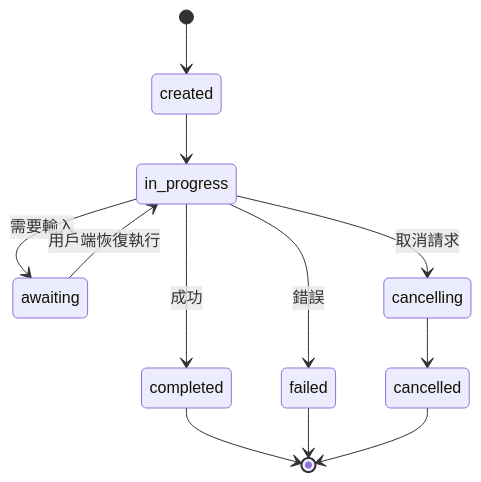
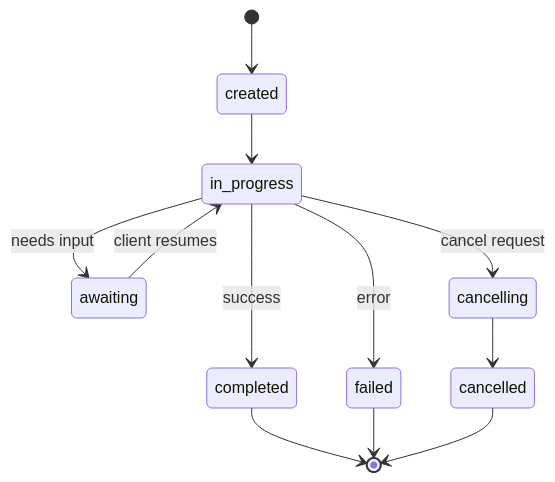
The seventh of 13 diagrams in i18n/zh-TW/phases/16-multi-agent-and-swarms/03-communication-protocols/docs/zh-TW.md (edward821220/ai-engineering-from-scratch), drawn with Mermaid before and after one commit. The commit also changed other lines of this file and 3 other files, not shown here.

Commit message:
fix(i18n): zh-TW p16 checker cleanup (mermaid edges + URL spans)

````diff
--- a/i18n/zh-TW/phases/16-multi-agent-and-swarms/03-communication-protocols/docs/zh-TW.md
+++ b/i18n/zh-TW/phases/16-multi-agent-and-swarms/03-communication-protocols/docs/zh-TW.md
@@ -337,15 +337,15 @@
 ```mermaid
 stateDiagram-v2
     [*] --> created
     created --> in_progress
-    in_progress --> completed: 成功
-    in_progress --> failed: 錯誤
-    in_progress --> awaiting: 需要輸入
-    awaiting --> in_progress: 用戶端恢復執行
-    in_progress --> cancelling: 取消請求
+    in_progress --> completed: success
+    in_progress --> failed: error
+    in_progress --> awaiting: needs input
+    awaiting --> in_progress: client resumes
+    in_progress --> cancelling: cancel request
     cancelling --> cancelled
 
     completed --> [*]
     failed --> [*]
     cancelled --> [*]
 ```
````
